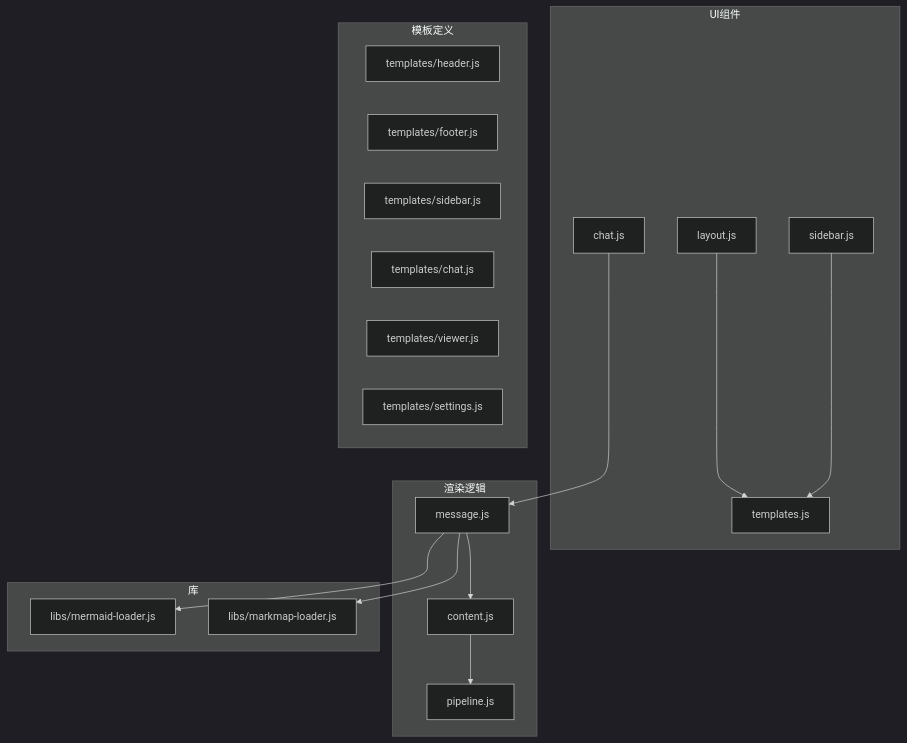
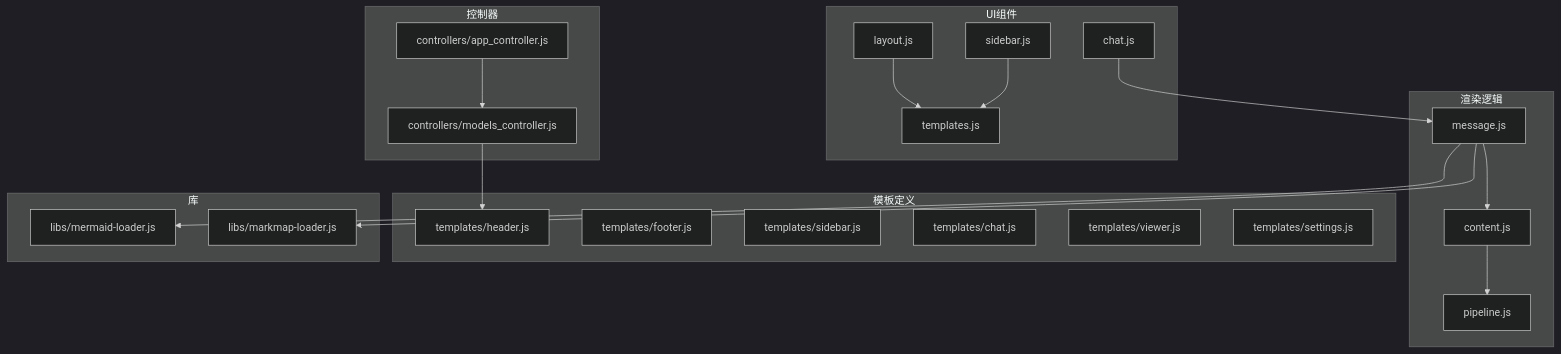
The first of 9 diagrams in .qoder/repowiki/zh/content/架构设计/整体架构/Sandbox沙箱环境/沙箱UI渲染.md (SEVENTEEN-TAN/gemini-nexus), drawn with Mermaid (dark theme) before and after one commit. The commit also changed other lines of this file and 16 other files, not shown here.

````diff
--- a/.qoder/repowiki/zh/content/架构设计/整体架构/Sandbox沙箱环境/沙箱UI渲染.md
+++ b/.qoder/repowiki/zh/content/架构设计/整体架构/Sandbox沙箱环境/沙箱UI渲染.md
@@ -40,33 +53,39 @@
 ```mermaid
 graph TB
 subgraph "UI组件"
 layout["layout.js"]
 chat["chat.js"]
 sidebar["sidebar.js"]
 templates["templates.js"]
 end
 subgraph "渲染逻辑"
 pipeline["pipeline.js"]
 content["content.js"]
 message["message.js"]
 end
 subgraph "模板定义"
 header["templates/header.js"]
 footer["templates/footer.js"]
 sidebar_template["templates/sidebar.js"]
 chat_template["templates/chat.js"]
 viewer["templates/viewer.js"]
 settings["templates/settings.js"]
 end
 subgraph "库"
 mermaid["libs/mermaid-loader.js"]
 markmap["libs/markmap-loader.js"]
 end
+subgraph "控制器"
+models_controller["controllers/models_controller.js"]
+app_controller["controllers/app_controller.js"]
+end
 layout --> templates
 chat --> message
 sidebar --> templates
 content --> pipeline
 message --> content
 message --> mermaid
 message --> markmap
+models_controller --> header
+app_controller --> models_controller
 ```
````
